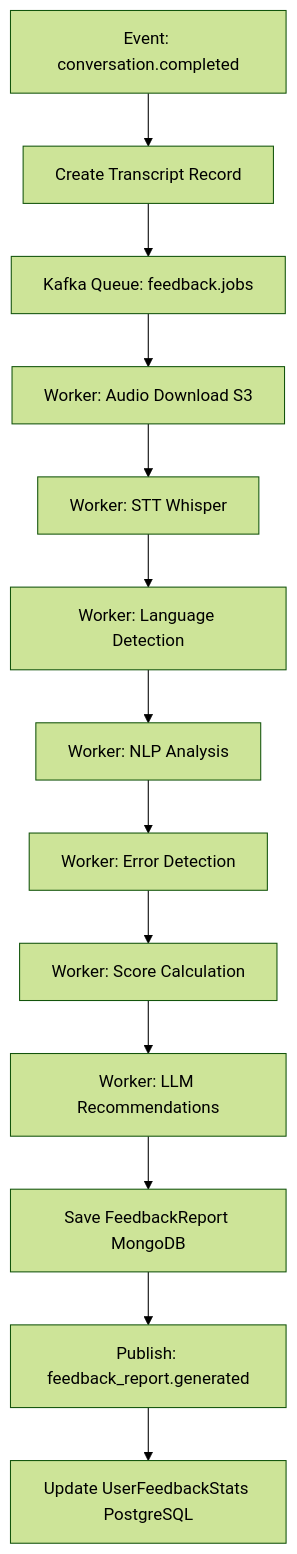
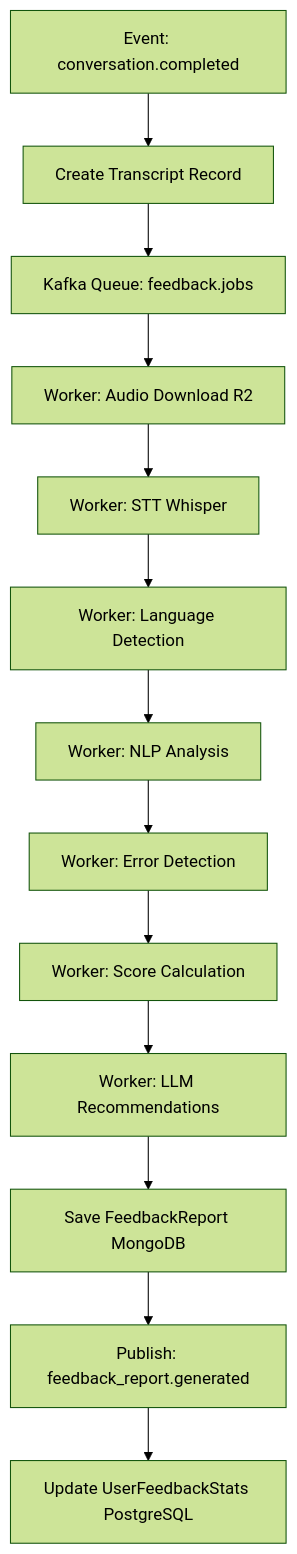
One commit to we-speak-org/wespeak-specifications changed the second of 2 diagrams in services/04-feedback-service.md. Above: the diagram before and after it, drawn with Mermaid (forest theme). The commit also changed other lines of this file and 5 other files, not shown here.

````diff
--- a/services/04-feedback-service.md
+++ b/services/04-feedback-service.md
@@ -787,15 +787,15 @@
 ```mermaid
 graph TD
     A[Event: conversation.completed] --> B[Create Transcript Record]
     B --> C[Kafka Queue: feedback.jobs]
-    C --> D[Worker: Audio Download S3]
+    C --> D[Worker: Audio Download R2]
     D --> E[Worker: STT Whisper]
     E --> F[Worker: Language Detection]
     F --> G[Worker: NLP Analysis]
     G --> H[Worker: Error Detection]
     H --> I[Worker: Score Calculation]
     I --> J[Worker: LLM Recommendations]
     J --> K[Save FeedbackReport MongoDB]
     K --> L[Publish: feedback_report.generated]
     L --> M[Update UserFeedbackStats PostgreSQL]
 ```
````
